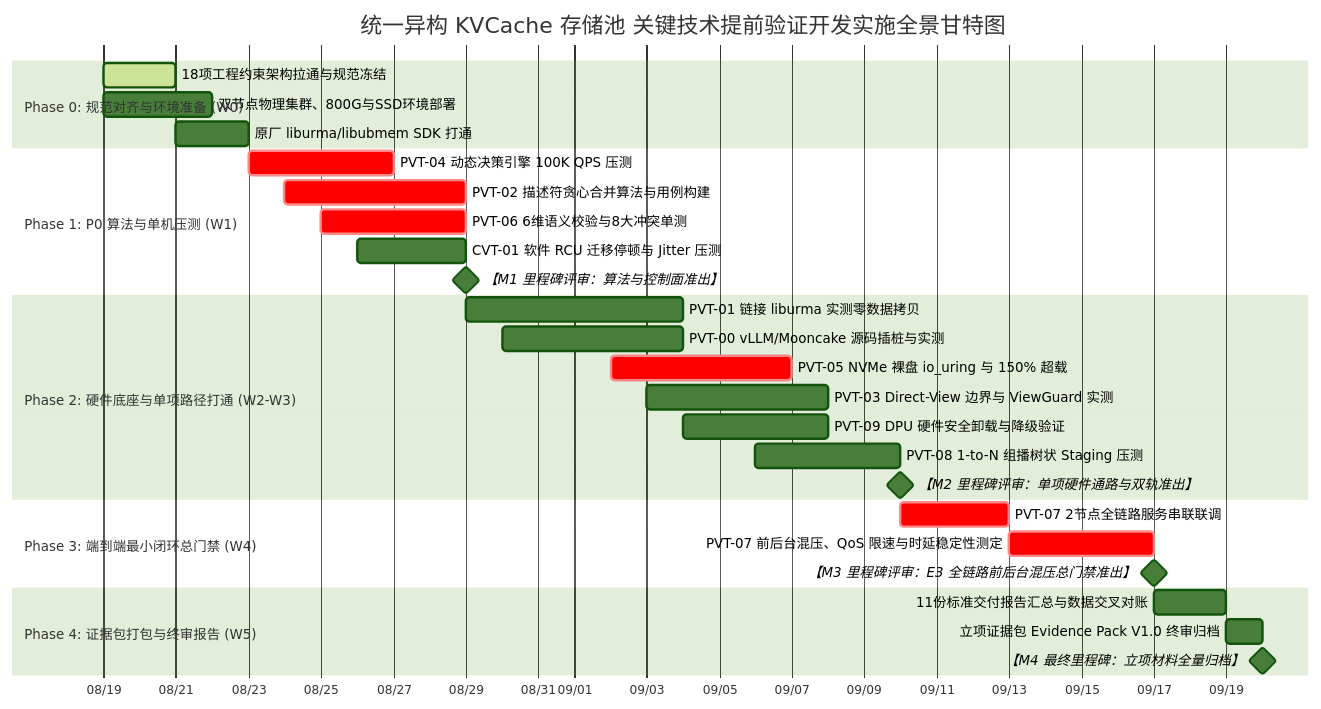
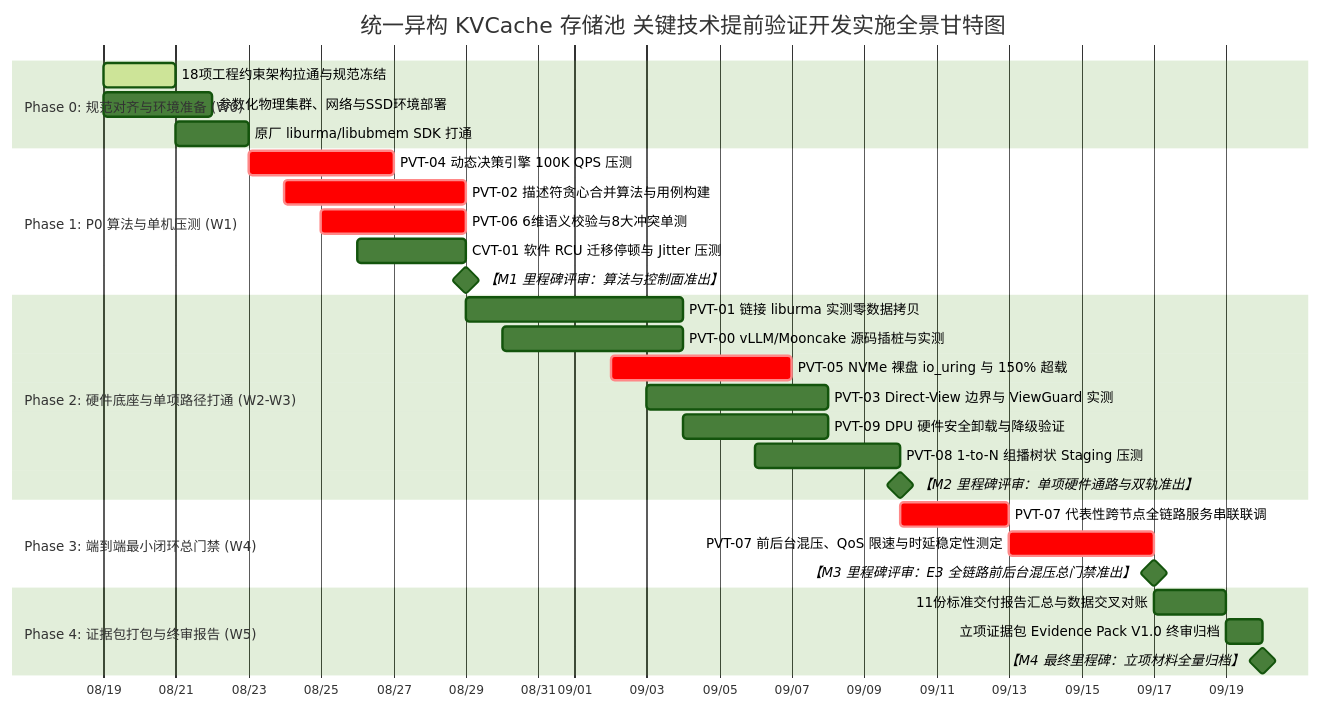
The diagram in kvcache/unified_kv_memory/提前验证方案设计/验证计划方案设计/统一异构KVCache存储池_关键技术提前验证开发实施计划书.md (stonetree/reports), drawn with Mermaid (forest theme) before and after one commit. The commit also changed other lines of this file and 43 other files, not shown here.

````diff
--- a/kvcache/unified_kv_memory/提前验证方案设计/验证计划方案设计/统一异构KVCache存储池_关键技术提前验证开发实施计划书.md
+++ b/kvcache/unified_kv_memory/提前验证方案设计/验证计划方案设计/统一异构KVCache存储池_关键技术提前验证开发实施计划书.md
@@ -85,37 +87,37 @@
 ```mermaid
 gantt
     title 统一异构 KVCache 存储池 关键技术提前验证开发实施全景甘特图
     dateFormat  YYYY-MM-DD
     axisFormat  %m/%d
     
     section Phase 0: 规范对齐与环境准备 (W0)
     18项工程约束架构拉通与规范冻结      :active, m0_1, 2026-08-19, 2026-08-21
-    双节点物理集群、800G与SSD环境部署   :m0_2, 2026-08-19, 2026-08-22
+    参数化物理集群、网络与SSD环境部署   :m0_2, 2026-08-19, 2026-08-22
     原厂 liburma/libubmem SDK 打通     :m0_3, 2026-08-21, 2026-08-23
     
     section Phase 1: P0 算法与单机压测 (W1)
     PVT-04 动态决策引擎 100K QPS 压测  :crit, p1_1, 2026-08-23, 2026-08-27
     PVT-02 描述符贪心合并算法与用例构建:crit, p1_2, 2026-08-24, 2026-08-29
     PVT-06 6维语义校验与8大冲突单测   :crit, p1_3, 2026-08-25, 2026-08-29
     CVT-01 软件 RCU 迁移停顿与 Jitter 压测:p1_4, 2026-08-26, 2026-08-29
     【M1 里程碑评审：算法与控制面准出】  :milestone, m1, 2026-08-29, 0d
 
     section Phase 2: 硬件底座与单项路径打通 (W2-W3)
     PVT-01 链接 liburma 实测零数据拷贝  :p2_1, 2026-08-29, 2026-09-04
     PVT-00 vLLM/Mooncake 源码插桩与实测  :p2_2, 2026-08-30, 2026-09-04
     PVT-05 NVMe 裸盘 io_uring 与 150% 超载:crit, p2_3, 2026-09-02, 2026-09-07
     PVT-03 Direct-View 边界与 ViewGuard 实测:p2_4, 2026-09-03, 2026-09-08
     PVT-09 DPU 硬件安全卸载与降级验证   :p2_5, 2026-09-04, 2026-09-08
     PVT-08 1-to-N 组播树状 Staging 压测 :p2_6, 2026-09-06, 2026-09-10
     【M2 里程碑评审：单项硬件通路与双轨准出】:milestone, m2, 2026-09-10, 0d
 
     section Phase 3: 端到端最小闭环总门禁 (W4)
-    PVT-07 2节点全链路服务串联联调      :crit, p3_1, 2026-09-10, 2026-09-13
+    PVT-07 代表性跨节点全链路服务串联联调 :crit, p3_1, 2026-09-10, 2026-09-13
     PVT-07 前后台混压、QoS 限速与时延稳定性测定:crit, p3_2, 2026-09-13, 2026-09-17
     【M3 里程碑评审：E3 全链路前后台混压总门禁准出】 :milestone, m3, 2026-09-17, 0d
 
     section Phase 4: 证据包打包与终审报告 (W5)
     11份标准交付报告汇总与数据交叉对账  :p4_1, 2026-09-17, 2026-09-19
     立项证据包 Evidence Pack V1.0 终审归档:p4_2, 2026-09-19, 2026-09-20
     【M4 最终里程碑：立项材料全量归档】 :milestone, m4, 2026-09-20, 0d
 ```
````
